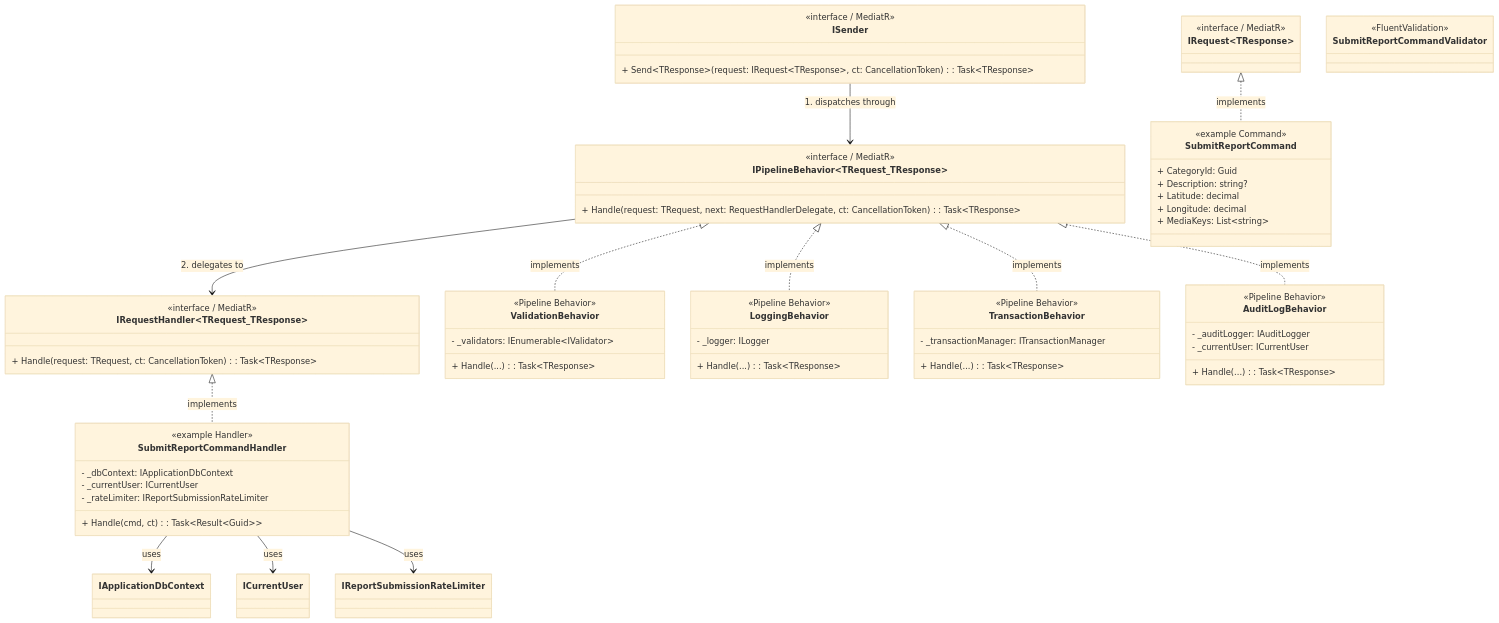
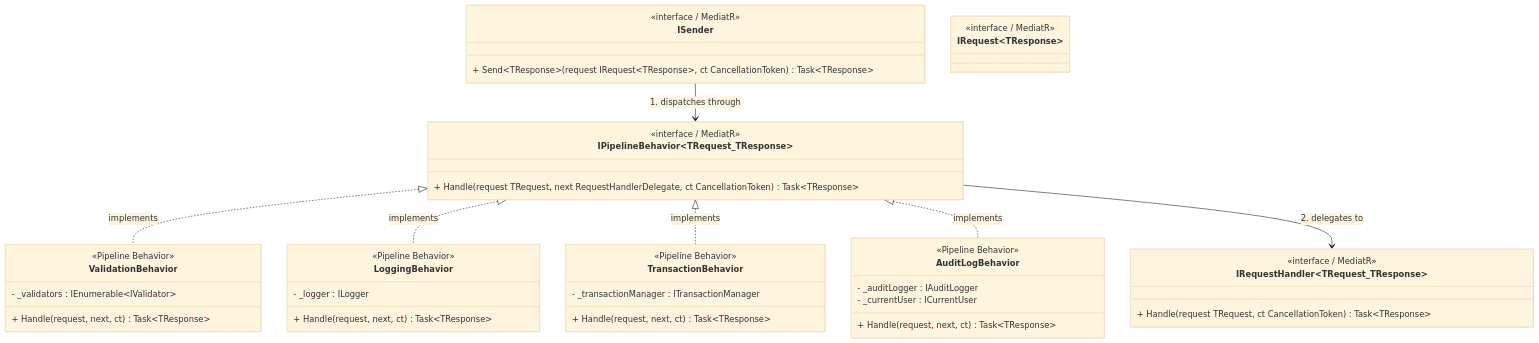
Before and after one commit to Capstonne-Project/greenlens-service: diagram 32 of 33 in docs/BusinessRule/CLASS_DIAGRAMS.md, drawn with Mermaid (base theme). The commit also changed other lines of this file and 3 other files, not shown here.

Commit message:
chore(docs): class diagram flow use case

````diff
--- a/docs/BusinessRule/CLASS_DIAGRAMS.md
+++ b/docs/BusinessRule/CLASS_DIAGRAMS.md
@@ -1465,82 +3268,54 @@
 ```mermaid
 classDiagram
     class ISender {
         <<interface / MediatR>>
-        + Send~TResponse~(request: IRequest~TResponse~, ct: CancellationToken): Task~TResponse~
+        + Send~TResponse~(request IRequest~TResponse~, ct CancellationToken) Task~TResponse~
     }
 
     class IRequest~TResponse~ {
         <<interface / MediatR>>
     }
 
     class IRequestHandler~TRequest_TResponse~ {
         <<interface / MediatR>>
-        + Handle(request: TRequest, ct: CancellationToken): Task~TResponse~
+        + Handle(request TRequest, ct CancellationToken) Task~TResponse~
     }
 
     class IPipelineBehavior~TRequest_TResponse~ {
         <<interface / MediatR>>
-        + Handle(request: TRequest, next: RequestHandlerDelegate, ct: CancellationToken): Task~TResponse~
+        + Handle(request TRequest, next RequestHandlerDelegate, ct CancellationToken) Task~TResponse~
     }
 
     class ValidationBehavior {
         <<Pipeline Behavior>>
-        - _validators: IEnumerable~IValidator~
-        + Handle(...): Task~TResponse~
+        - _validators : IEnumerable~IValidator~
+        + Handle(request, next, ct) Task~TResponse~
     }
 
     class LoggingBehavior {
         <<Pipeline Behavior>>
-        - _logger: ILogger
-        + Handle(...): Task~TResponse~
+        - _logger : ILogger
+        + Handle(request, next, ct) Task~TResponse~
     }
 
     class TransactionBehavior {
         <<Pipeline Behavior>>
-        - _transactionManager: ITransactionManager
-        + Handle(...): Task~TResponse~
+        - _transactionManager : ITransactionManager
+        + Handle(request, next, ct) Task~TResponse~
     }
 
     class AuditLogBehavior {
         <<Pipeline Behavior>>
-        - _auditLogger: IAuditLogger
-        - _currentUser: ICurrentUser
-        + Handle(...): Task~TResponse~
-    }
-
-    class SubmitReportCommand {
-        <<example Command>>
-        + CategoryId: Guid
-        + Description: string?
-        + Latitude: decimal
-        + Longitude: decimal
-        + MediaKeys: List~string~
-    }
-
-    class SubmitReportCommandHandler {
-        <<example Handler>>
-        - _dbContext: IApplicationDbContext
-        - _currentUser: ICurrentUser
-        - _rateLimiter: IReportSubmissionRateLimiter
-        + Handle(cmd, ct): Task~Result~Guid~~
-    }
-
-    class SubmitReportCommandValidator {
-        <<FluentValidation>>
+        - _auditLogger : IAuditLogger
+        - _currentUser : ICurrentUser
+        + Handle(request, next, ct) Task~TResponse~
     }
 
     IPipelineBehavior <|.. ValidationBehavior : implements
     IPipelineBehavior <|.. LoggingBehavior : implements
     IPipelineBehavior <|.. TransactionBehavior : implements
     IPipelineBehavior <|.. AuditLogBehavior : implements
 
-    IRequest <|.. SubmitReportCommand : implements
-    IRequestHandler <|.. SubmitReportCommandHandler : implements
-
     ISender --> IPipelineBehavior : 1. dispatches through
     IPipelineBehavior --> IRequestHandler : 2. delegates to
-
-    SubmitReportCommandHandler --> IApplicationDbContext : uses
-    SubmitReportCommandHandler --> ICurrentUser : uses
-    SubmitReportCommandHandler --> IReportSubmissionRateLimiter : uses
 ```
````
